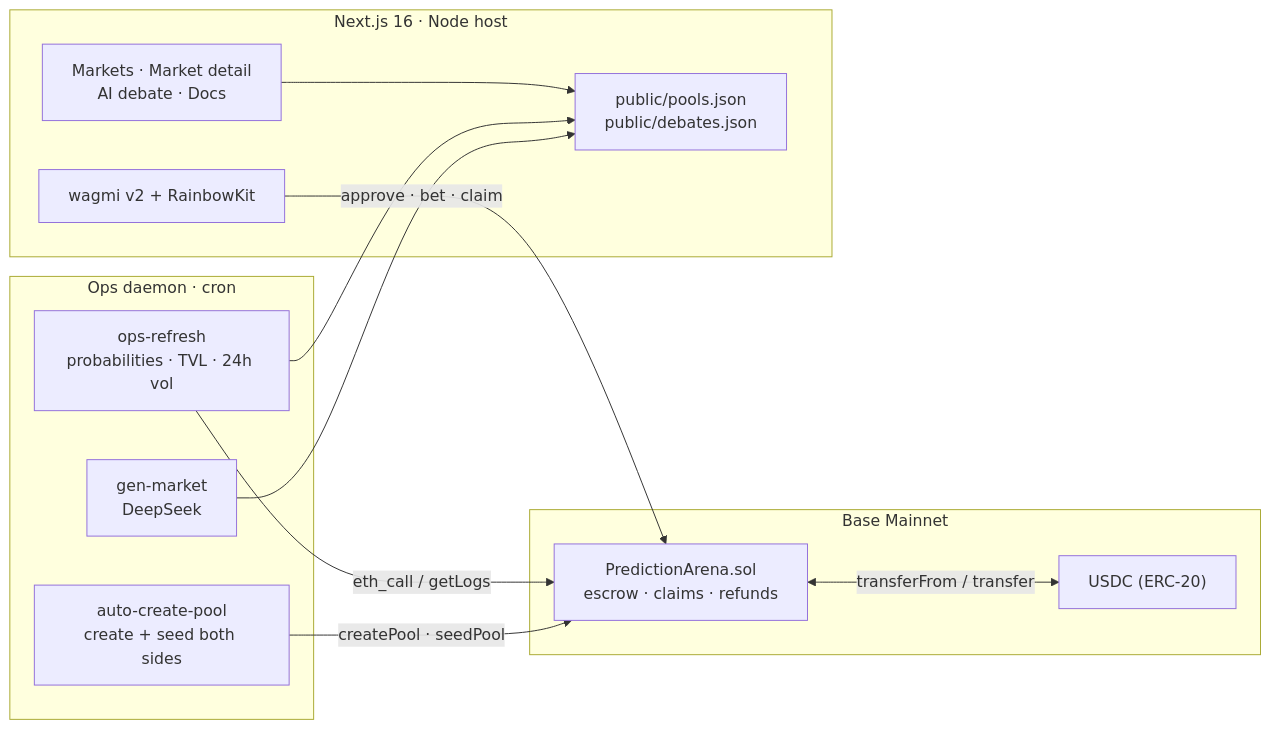
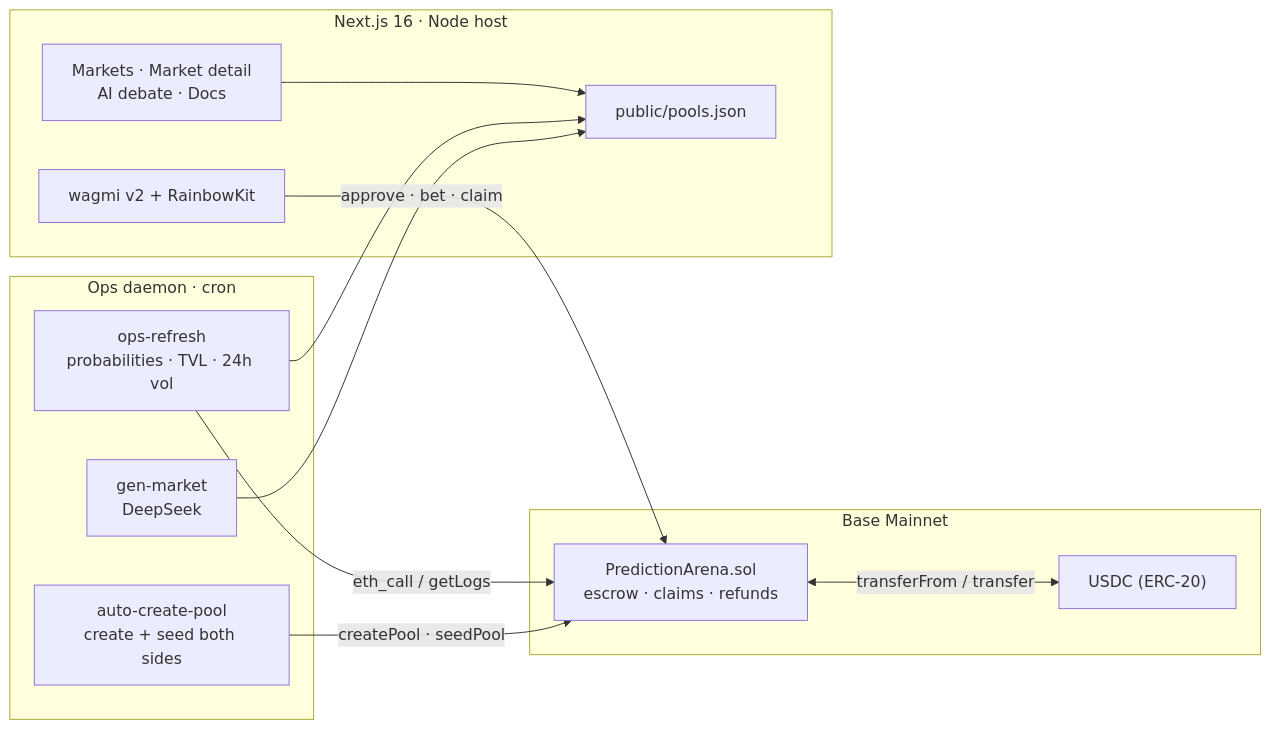
One commit to lulaxiao97-create/prediction-arena changed the diagram in README.md. Above: the diagram before and after it, drawn with Mermaid. The commit also changed other lines of this file, not shown here.

Commit message:
docs: drop the last debates.json references from the README diagram and design notes

````diff
--- a/README.md
+++ b/README.md
@@ -144,27 +144,27 @@
 ```mermaid
 flowchart LR
   subgraph Chain["Base Mainnet"]
     C["PredictionArena.sol<br/>escrow · claims · refunds"]
     U["USDC (ERC-20)"]
   end
 
   subgraph Ops["Ops daemon · cron"]
     G["gen-market<br/>DeepSeek"]
     A["auto-create-pool<br/>create + seed both sides"]
     R["ops-refresh<br/>probabilities · TVL · 24h vol"]
   end
 
   subgraph Web["Next.js 16 · Node host"]
     UI["Markets · Market detail<br/>AI debate · Docs"]
-    M["public/pools.json<br/>public/debates.json"]
+    M["public/pools.json"]
     W["wagmi v2 + RainbowKit"]
   end
 
   G --> M
   A -->|"createPool · seedPool"| C
   R -->|"eth_call / getLogs"| C
   R --> M
   UI --> M
   W -->|"approve · bet · claim"| C
   C <-->|"transferFrom / transfer"| U
 ```
````
